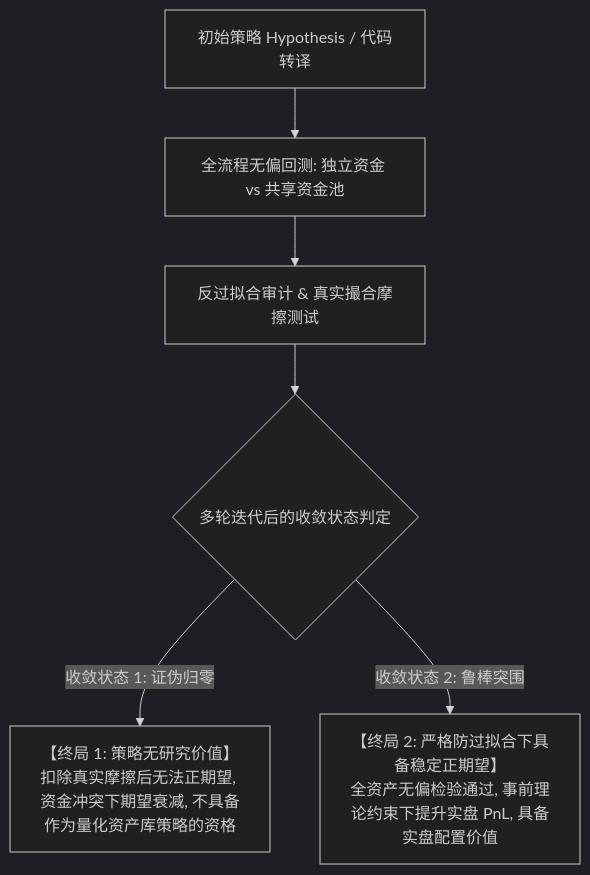
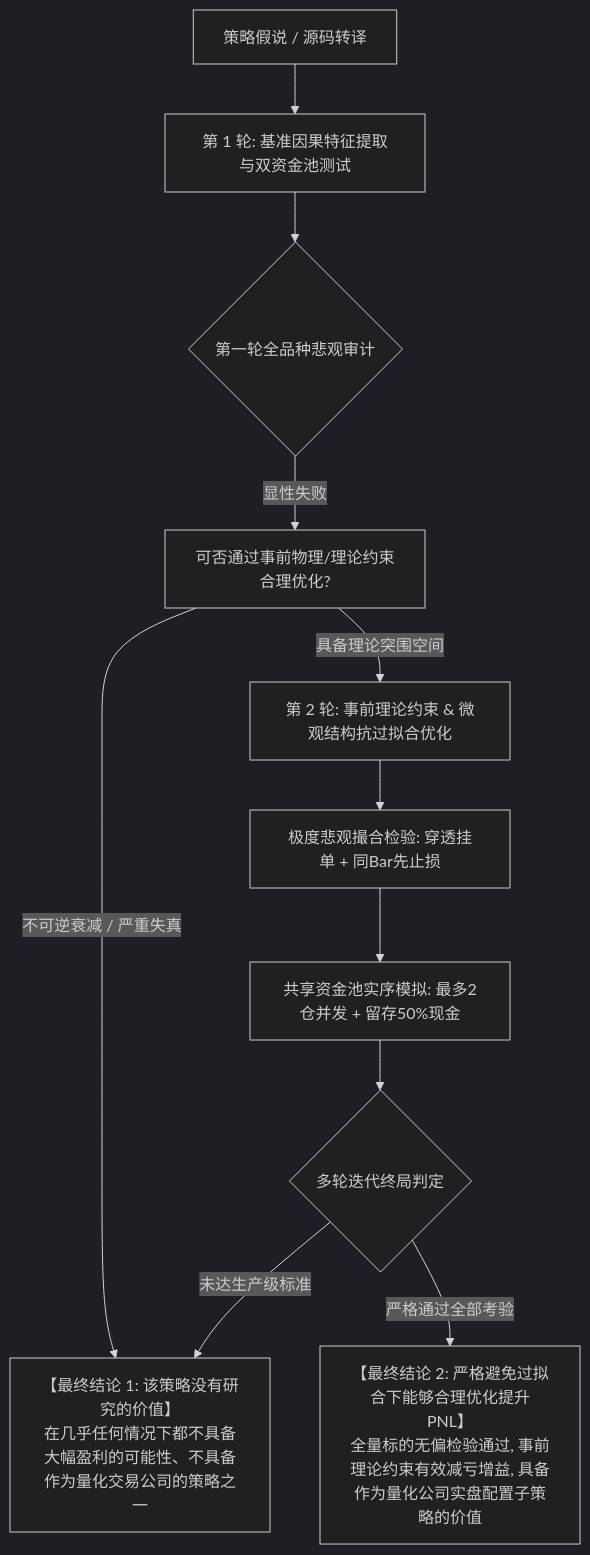
The diagram in docs/workflow/QUANT_RESEARCH_WORKFLOW.md (jssyxd/smc-quant-research-engine), drawn with Mermaid (dark theme) before and after one commit. The commit also changed other lines of this file and 1 other file, not shown here.

Commit message:
docs: formalize Dual-Convergence Protocol in README and workflow guidelines

````diff
--- a/docs/workflow/QUANT_RESEARCH_WORKFLOW.md
+++ b/docs/workflow/QUANT_RESEARCH_WORKFLOW.md
@@ -11,9 +13,15 @@
 ```mermaid
 graph TD
-    Start[初始策略 Hypothesis / 代码转译] --> Backtest[全流程无偏回测: 独立资金 vs 共享资金池]
-    Backtest --> Audit[反过拟合审计 & 真实撮合摩擦测试]
-    Audit --> Decision{多轮迭代后的收敛状态判定}
+    Hypothesis[策略假说 / 源码转译] --> Round1[第 1 轮: 基准因果特征提取与双资金池测试]
+    Round1 --> Audit1{第一轮全品种悲观审计}
+    Audit1 -->|显性失败| PruneCheck[可否通过事前物理/理论约束合理优化?]
+    PruneCheck -->|不可逆衰减 / 严重失真| Conclusion1
     
-    Decision -->|收敛状态 1: 证伪归零| Abandon[【终局 1: 策略无研究价值】<br/>扣除真实摩擦后无法正期望, 资金冲突下期望衰减, 不具备作为量化资产库策略的资格]
-    Decision -->|收敛状态 2: 鲁棒突围| Deploy[【终局 2: 严格防过拟合下具备稳定正期望】<br/>全资产无偏检验通过, 事前理论约束下提升实盘 PnL, 具备实盘配置价值]
+    PruneCheck -->|具备理论突围空间| Round2[第 2 轮: 事前理论约束 & 微观结构抗过拟合优化]
+    Round2 --> PessimisticAudit[极度悲观撮合检验: 穿透挂单 + 同Bar先止损]
+    PessimisticAudit --> QueueSim[共享资金池实序模拟: 最多2仓并发 + 留存50%现金]
+    
+    QueueSim --> FinalConvergence{多轮迭代终局判定}
+    FinalConvergence -->|未达生产级标准| Conclusion1[【最终结论 1: 该策略没有研究的价值】<br/>在几乎任何情况下都不具备大幅盈利的可能性、不具备作为量化交易公司的策略之一]
+    FinalConvergence -->|严格通过全部考验| Conclusion2[【最终结论 2: 严格避免过拟合下能够合理优化提升PNL】<br/>全量标的无偏检验通过, 事前理论约束有效减亏增益, 具备作为量化公司实盘配置子策略的价值]
 ```
````
